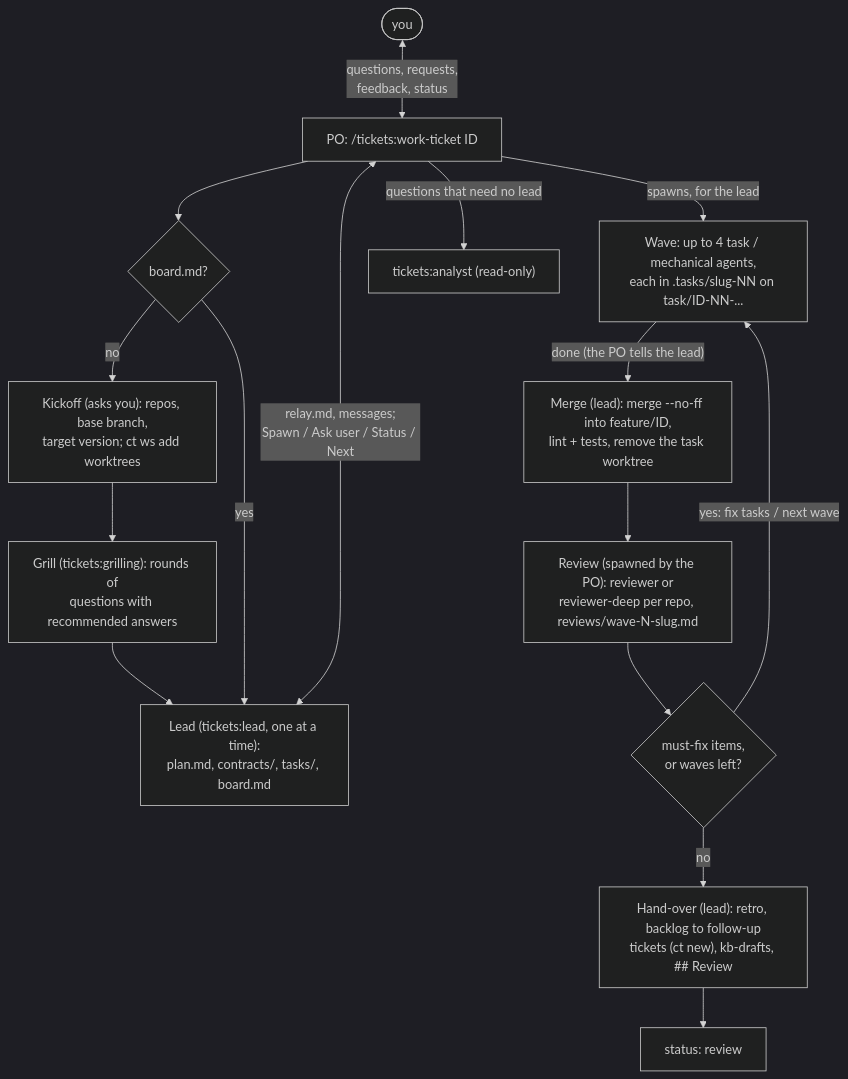
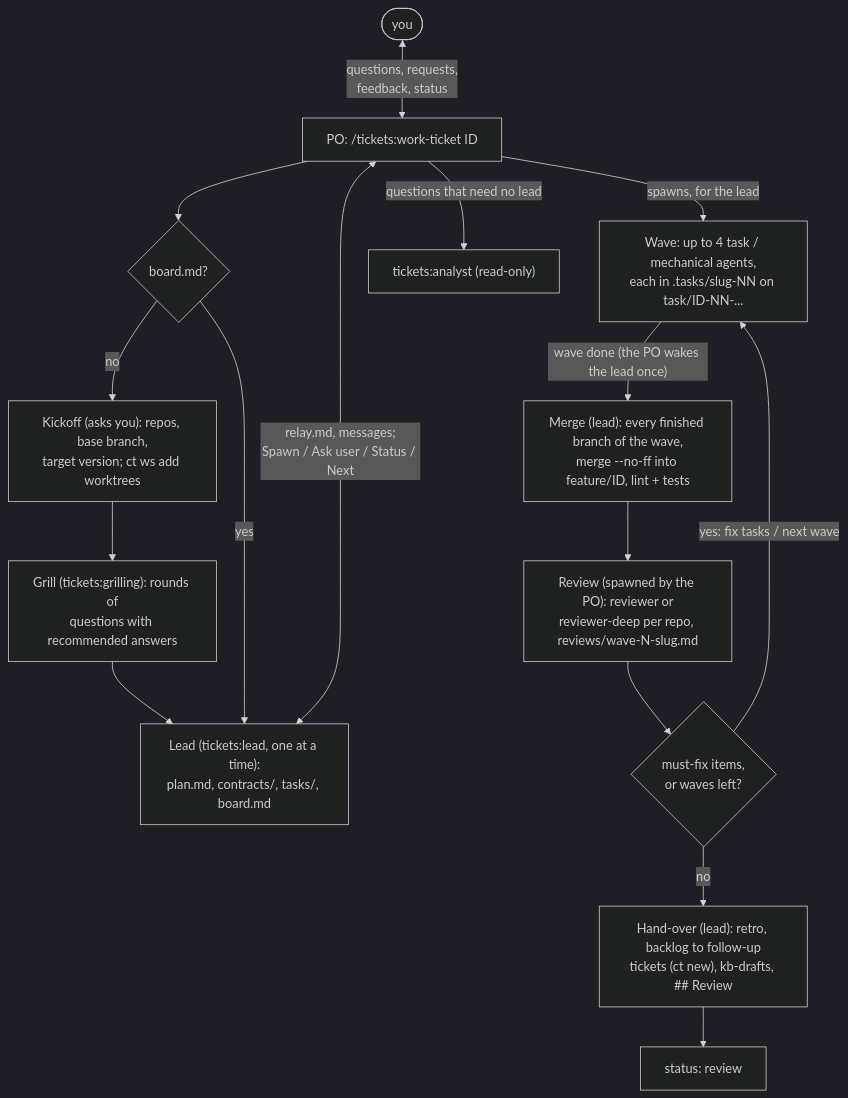
One commit to zero4573/claude-tickets changed the third of 7 diagrams in README.md. Above: the diagram before and after it, drawn with Mermaid (dark theme). The commit also changed other lines of this file and 6 other files, not shown here.

First line of the commit message:
MAN-2 PO wakes the lead once per wave, not per finished task

````diff
--- a/README.md
+++ b/README.md
@@ -402,18 +402,18 @@
 ```mermaid
 flowchart TB
   you([you]) <-->|"questions, requests,<br/>feedback, status"| po["PO: /tickets:work-ticket ID"]
   po --> resume{board.md?}
   resume -- no --> kickoff["Kickoff (asks you): repos, base branch,<br/>target version; ct ws add worktrees"]
   kickoff --> grill["Grill (tickets:grilling): rounds of<br/>questions with recommended answers"]
   grill --> lead
   resume -- yes --> lead["Lead (tickets:lead, one at a time):<br/>plan.md, contracts/, tasks/, board.md"]
   po <-->|"relay.md, messages;<br/>Spawn / Ask user / Status / Next"| lead
   po -->|"spawns, for the lead"| wave["Wave: up to 4 task / mechanical agents,<br/>each in .tasks/slug-NN on task/ID-NN-..."]
-  wave -->|"done (the PO tells the lead)"| merge["Merge (lead): merge --no-ff into feature/ID,<br/>lint + tests, remove the task worktree"]
+  wave -->|"wave done (the PO wakes the lead once)"| merge["Merge (lead): every finished branch of the wave,<br/>merge --no-ff into feature/ID, lint + tests"]
   merge --> rev["Review (spawned by the PO): reviewer or<br/>reviewer-deep per repo, reviews/wave-N-slug.md"]
   rev --> fix{"must-fix items,<br/>or waves left?"}
   fix -- "yes: fix tasks / next wave" --> wave
   fix -- no --> hand["Hand-over (lead): retro, backlog to follow-up<br/>tickets (ct new), kb-drafts, ## Review"]
   hand --> review[status: review]
   po -->|"questions that need no lead"| analyst["tickets:analyst (read-only)"]
 ```
````
